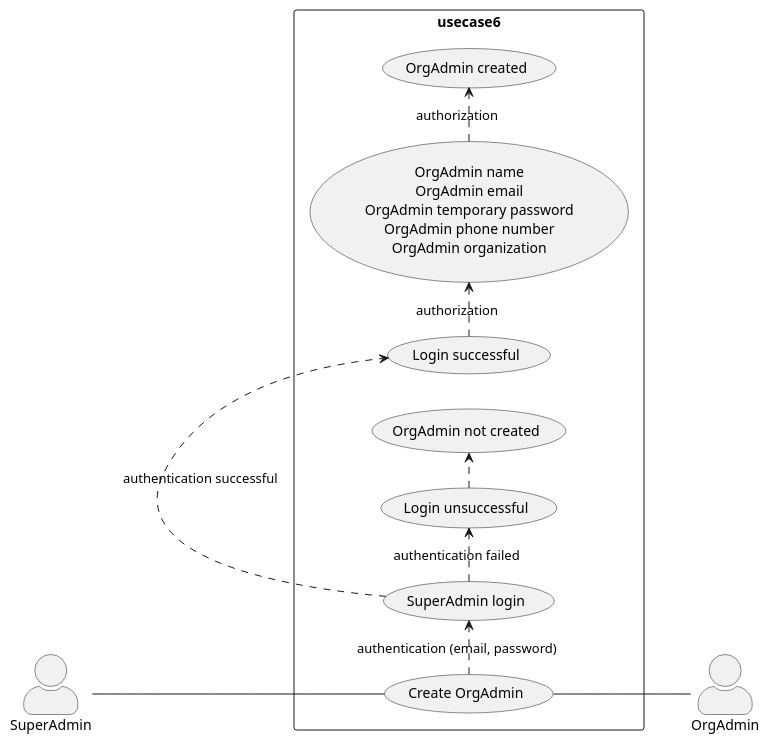
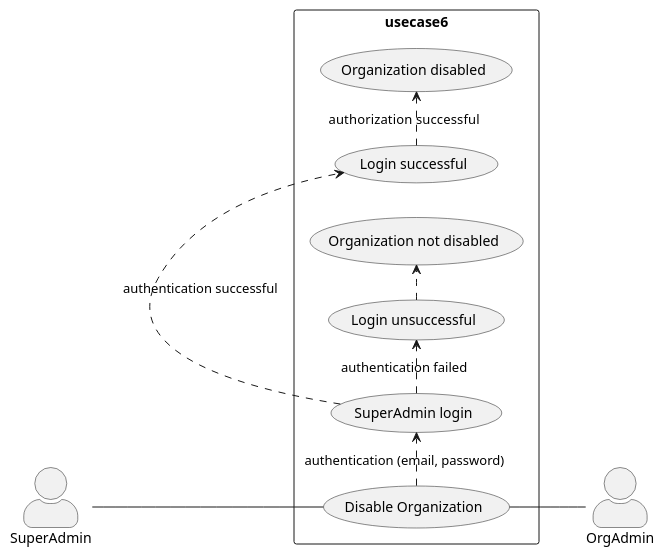
The diagram in 6_super_admin_usecase6.wsd (wawerualbert/CodeHub), drawn with PlantUML before and after one commit. The commit also changed 7 other files, not shown here.

```diff
--- a/6_super_admin_usecase6.wsd
+++ b/6_super_admin_usecase6.wsd
@@ -1,20 +1,19 @@
-@startuml SuperAdmin Create Organization Admin
+@startuml SuperAdmin Disable Organization
 
 skinparam actorStyle awesome
 left to right direction
 skinparam packageStyle rectangle
 
 actor SuperAdmin
 actor OrgAdmin
-rectangle usecase6{
-  SuperAdmin-- (Create OrgAdmin)
-  (Create OrgAdmin) .> (SuperAdmin login) : authentication (email, password)
+rectangle usecase6 {
+  SuperAdmin-- (Disable Organization)
+  (Disable Organization) .> (SuperAdmin login) : authentication (email, password)
   (SuperAdmin login) .> (Login successful) : authentication successful
-  (Login successful) .> (OrgAdmin name\nOrgAdmin email\nOrgAdmin temporary password\nOrgAdmin phone number\nOrgAdmin organization) : authorization
-  (OrgAdmin name\nOrgAdmin email\nOrgAdmin temporary password\nOrgAdmin phone number\nOrgAdmin organization) .> (OrgAdmin created) : authorization 
+  (Login successful) .> (Organization disabled) : authorization  successful
   (SuperAdmin login) .> (Login unsuccessful) : authentication failed
-  (Login unsuccessful) .> (OrgAdmin not created)  
-  (Create OrgAdmin)-- OrgAdmin
+  (Login unsuccessful) .> (Organization not disabled)  
+  (Disable Organization)-- OrgAdmin
 }
 
 @enduml
```
